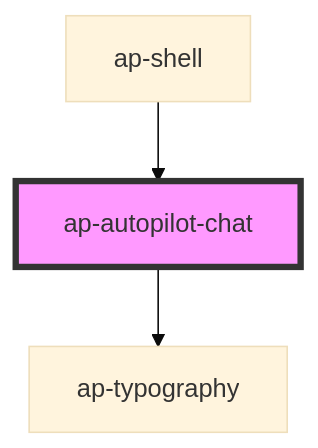
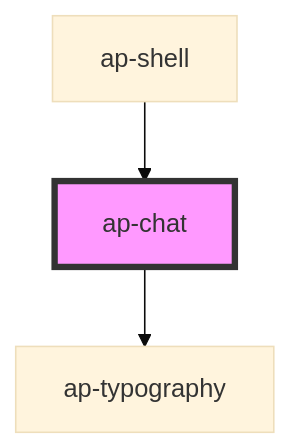
Before and after one commit to UiPath/apollo-ui: the diagram in packages/apollo-react/src/material/components/ap-chat/readme.md, drawn with Mermaid (base theme). The commit also changed other lines of this file and 15 other files, not shown here.

Commit message:
feat(ap-chat): rename ap-autopilot-chat to ap-chat

````diff
--- a/packages/apollo-react/src/material/components/ap-chat/readme.md
+++ b/packages/apollo-react/src/material/components/ap-chat/readme.md
@@ -26,6 +26,6 @@
 ```mermaid
 graph TD;
-  ap-autopilot-chat --> ap-typography
-  ap-shell --> ap-autopilot-chat
-  style ap-autopilot-chat fill:#f9f,stroke:#333,stroke-width:4px
+  ap-chat --> ap-typography
+  ap-shell --> ap-chat
+  style ap-chat fill:#f9f,stroke:#333,stroke-width:4px
 ```
````
